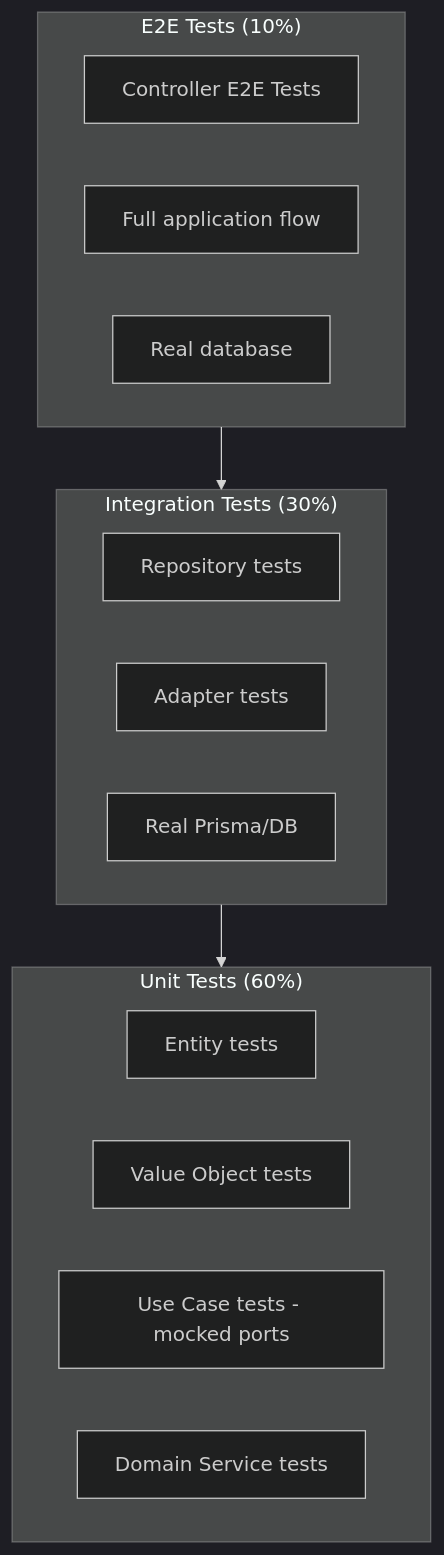
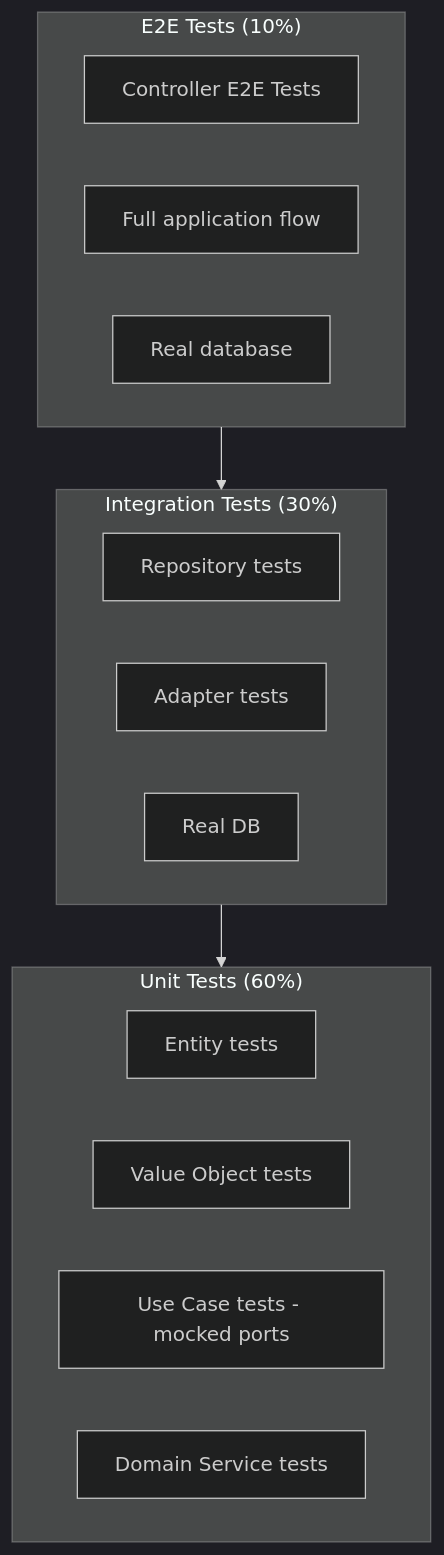
The diagram in 08-testing.md (adrian-d-hidalgo/nestjs-ddd-cookbook), drawn with Mermaid (dark theme) before and after one commit. The commit also changed 7 other files, not shown here.

````diff
--- a/08-testing.md
+++ b/08-testing.md
@@ -9,23 +9,23 @@
 ```mermaid
 flowchart TB
     subgraph E2E["E2E Tests (10%)"]
         E1[Controller E2E Tests]
         E2[Full application flow]
         E3[Real database]
     end
 
     subgraph Integration["Integration Tests (30%)"]
         I1[Repository tests]
         I2[Adapter tests]
-        I3[Real Prisma/DB]
+        I3[Real DB]
     end
 
     subgraph Unit["Unit Tests (60%)"]
         U1[Entity tests]
         U2[Value Object tests]
         U3[Use Case tests - mocked ports]
         U4[Domain Service tests]
     end
 
     E2E --> Integration --> Unit
 ```
````
